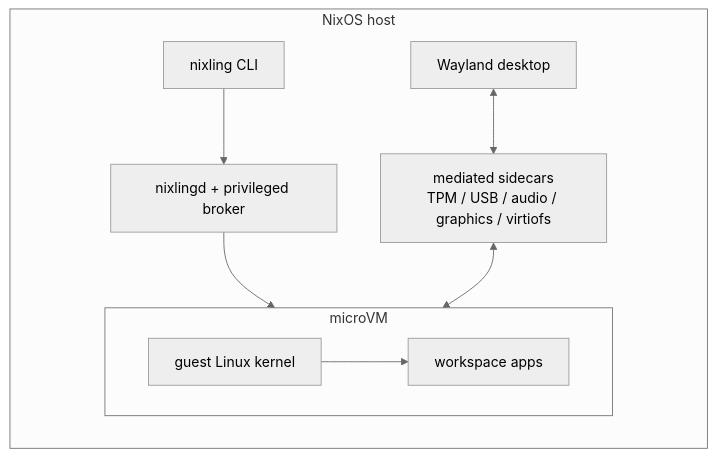
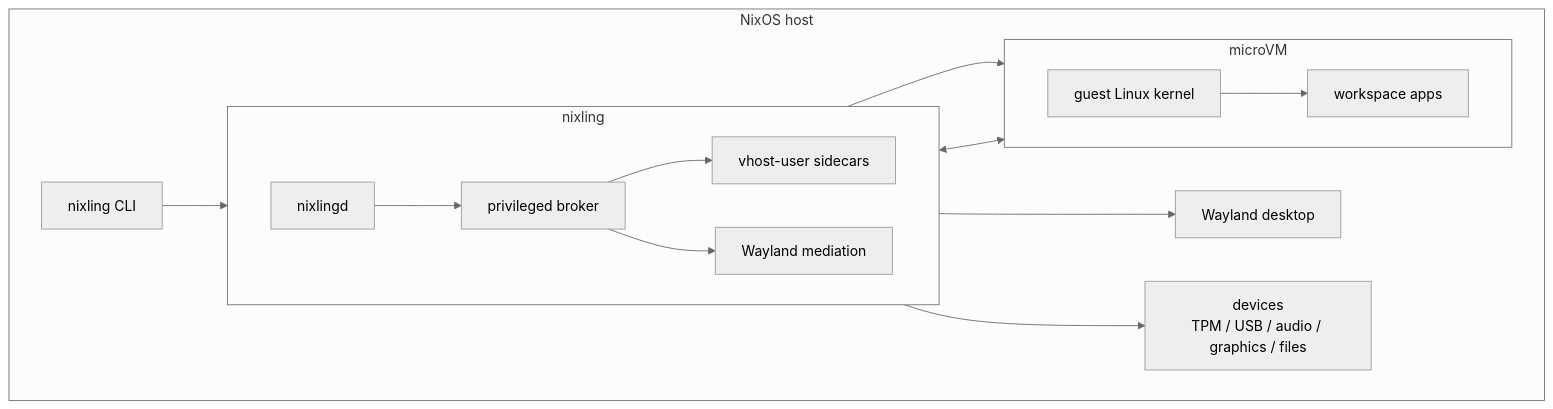
The diagram in README.md (vicondoa/d2b), drawn with Mermaid (neutral theme) before and after one commit.

Commit message:
docs: refine README diagram layout
Reshape the README architecture diagram into a left-to-right NixOS host view with a dedicated nixling box containing nixlingd, broker, vhost-user sidecars, and Wayland mediation.

````diff
--- a/README.md
+++ b/README.md
@@ -37,20 +37,33 @@
 ```mermaid
 flowchart LR
     subgraph host["NixOS host"]
+        direction LR
         cli["nixling CLI"]
         desktop["Wayland desktop"]
-        control["nixlingd + privileged broker"]
-        sidecars["mediated sidecars<br/>TPM / USB / audio / graphics / virtiofs"]
+        devices["devices<br/>TPM / USB / audio / graphics / files"]
+
+        subgraph nixling_box["nixling"]
+            direction LR
+            nixlingd["nixlingd"]
+            broker["privileged broker"]
+            vhost["vhost-user sidecars"]
+            wayland["Wayland mediation"]
+        end
 
         subgraph vm["microVM"]
+            direction LR
             kernel["guest Linux kernel"]
             apps["workspace apps"]
             kernel --> apps
         end
     end
 
-    cli --> control
-    control --> vm
-    desktop <--> sidecars
-    sidecars <--> vm
+    cli --> nixlingd
+    nixlingd --> broker
+    broker --> vm
+    broker --> vhost
+    broker --> wayland
+    wayland --> desktop
+    vhost --> devices
+    vhost <--> vm
 ```
````
